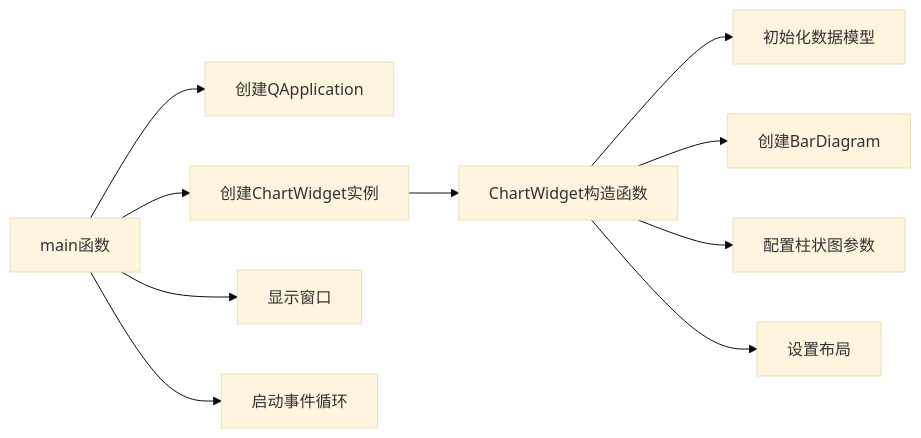
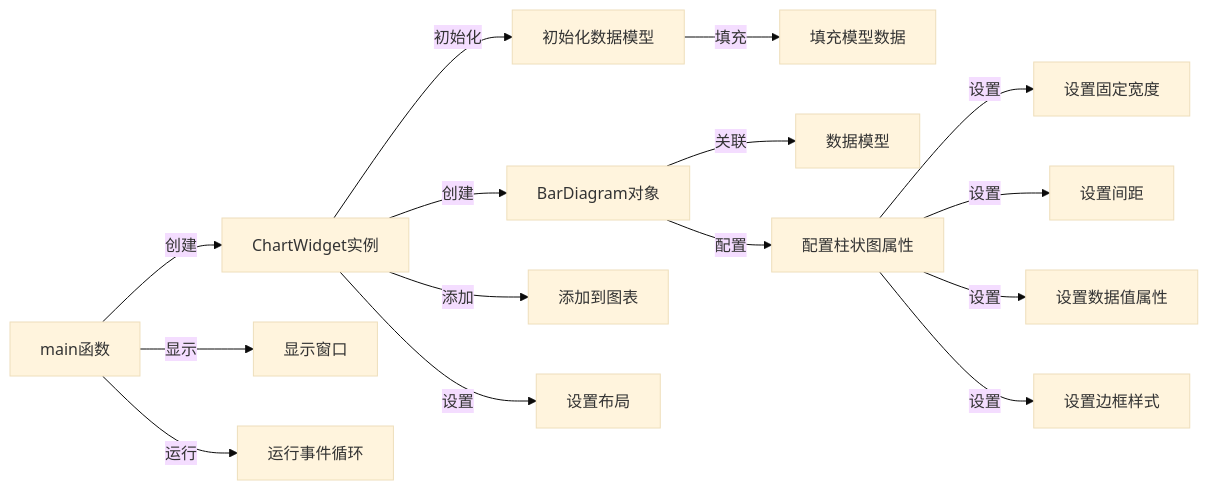
The second of 2 diagrams in examples/Bars/Parameters/README.md (cheng25/KDChart), drawn with Mermaid (base theme) before and after one commit. The commit also changed other lines of this file and 49 other files, not shown here.

````diff
--- a/examples/Bars/Parameters/README.md
+++ b/examples/Bars/Parameters/README.md
@@ -70,12 +57,17 @@
 ```mermaid
 graph LR
-    A[main函数] --> B[创建QApplication]
-    A --> C[创建ChartWidget实例]
-    C --> D[ChartWidget构造函数]
-    D --> E[初始化数据模型]
-    D --> F[创建BarDiagram]
-    D --> G[配置柱状图参数]
-    D --> H[设置布局]
-    A --> I[显示窗口]
-    A --> J[启动事件循环]
+    main[main函数] --> |创建| ChartWidget[ChartWidget实例]
+    ChartWidget --> |初始化| initModel[初始化数据模型]
+    initModel --> |填充| fillData[填充模型数据]
+    ChartWidget --> |创建| BarDiagram[BarDiagram对象]
+    BarDiagram --> |关联| Model[数据模型]
+    BarDiagram --> |配置| configBar[配置柱状图属性]
+    configBar --> |设置| setWidth[设置固定宽度]
+    configBar --> |设置| setGap[设置间距]
+    configBar --> |设置| setValueAttr[设置数据值属性]
+    configBar --> |设置| setBorder[设置边框样式]
+    ChartWidget --> |添加| addToChart[添加到图表]
+    ChartWidget --> |设置| setLayout[设置布局]
+    main --> |显示| showWidget[显示窗口]
+    main --> |运行| execLoop[运行事件循环]
 ```
````
